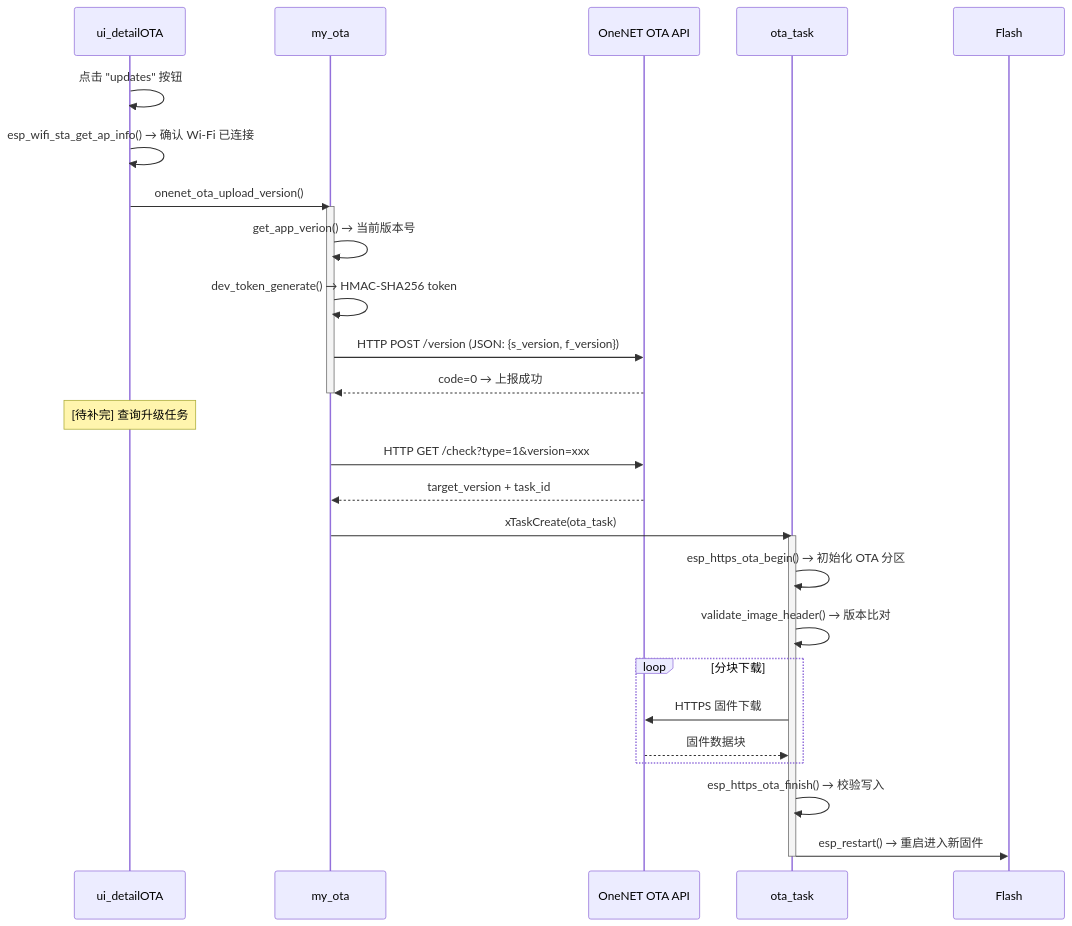
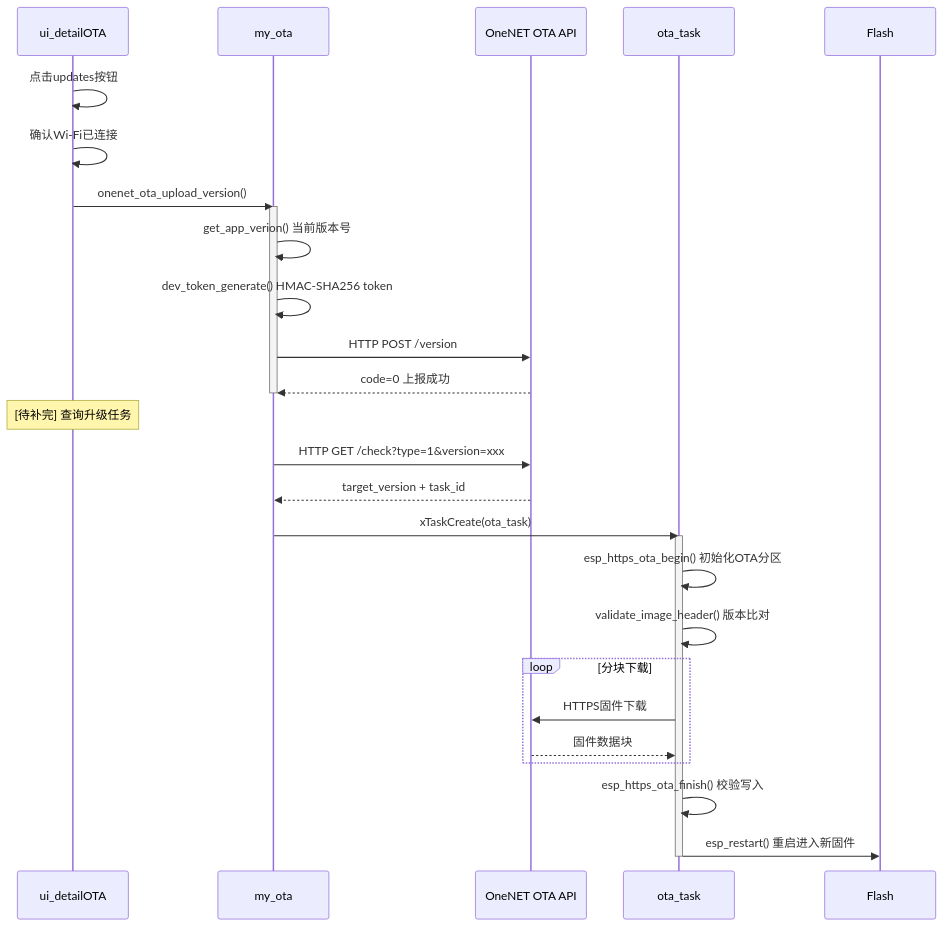
One commit to Li-HF2025/-enviroment_monitor_-_1_ changed the fifth of 5 diagrams in README.md. Above: the diagram before and after it, drawn with Mermaid. The commit also changed other lines of this file, not shown here.

First line of the commit message:
Fix Mermaid diagram syntax for GitHub rendering compatibility

````diff
--- a/README.md
+++ b/README.md
@@ -1111,34 +1108,34 @@
 ```mermaid
 sequenceDiagram
     participant UI as ui_detailOTA
     participant OTA as my_ota
     participant SRV as OneNET OTA API
     participant TASK as ota_task
     participant HW as Flash
 
-    UI->>UI: 点击 "updates" 按钮
-    UI->>UI: esp_wifi_sta_get_ap_info() → 确认 Wi-Fi 已连接
+    UI->>UI: 点击updates按钮
+    UI->>UI: 确认Wi-Fi已连接
     UI->>OTA: onenet_ota_upload_version()
     activate OTA
-    OTA->>OTA: get_app_verion() → 当前版本号
-    OTA->>OTA: dev_token_generate() → HMAC-SHA256 token
-    OTA->>SRV: HTTP POST /version (JSON: {s_version, f_version})
-    SRV-->>OTA: code=0 → 上报成功
+    OTA->>OTA: get_app_verion() 当前版本号
+    OTA->>OTA: dev_token_generate() HMAC-SHA256 token
+    OTA->>SRV: HTTP POST /version
+    SRV-->>OTA: code=0 上报成功
     deactivate OTA
 
     Note over UI: [待补完] 查询升级任务
     OTA->>SRV: HTTP GET /check?type=1&version=xxx
     SRV-->>OTA: target_version + task_id
 
     OTA->>TASK: xTaskCreate(ota_task)
     activate TASK
-    TASK->>TASK: esp_https_ota_begin() → 初始化 OTA 分区
-    TASK->>TASK: validate_image_header() → 版本比对
+    TASK->>TASK: esp_https_ota_begin() 初始化OTA分区
+    TASK->>TASK: validate_image_header() 版本比对
     loop 分块下载
-        TASK->>SRV: HTTPS 固件下载
+        TASK->>SRV: HTTPS固件下载
         SRV-->>TASK: 固件数据块
     end
-    TASK->>TASK: esp_https_ota_finish() → 校验写入
-    TASK->>HW: esp_restart() → 重启进入新固件
+    TASK->>TASK: esp_https_ota_finish() 校验写入
+    TASK->>HW: esp_restart() 重启进入新固件
     deactivate TASK
 ```
````
